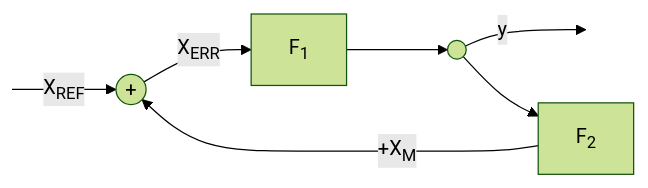
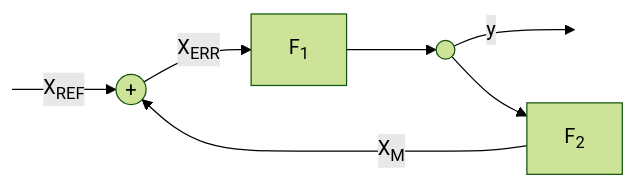
One commit to dennyb87/elettrotecnica-serale changed the third of 4 diagrams in classe_5/sistemi/uda_1/L07_19-11-2024_sistemi_in_retroazione.md. Above: the diagram before and after it, drawn with Mermaid (forest theme). The commit also changed other lines of this file and 2 other files, not shown here.

````diff
--- a/classe_5/sistemi/uda_1/L07_19-11-2024_sistemi_in_retroazione.md
+++ b/classe_5/sistemi/uda_1/L07_19-11-2024_sistemi_in_retroazione.md
@@ -51,12 +51,12 @@
 ```mermaid
 flowchart LR
-    START[ ]--"X<sub>REF</sub>"-->sum
-    sum(("#43;"))--"X<sub>ERR</sub>"-->F1["F<sub>1</sub>"]
+    START[ ]--"X<sub>REF</sub>"-->node
+    node(("#43;"))--"X<sub>ERR</sub>"-->F1["F<sub>1</sub>"]
     F1-->out((" "))
     out--"y"-->STOP[ ]
     out-->F2["F<sub>2</sub>"]
-    F2--"#43;X<sub>M</sub>"-->sum
+    F2--"X<sub>M</sub>"-->node
 
     style START width:0px,height:0px;
     style STOP  width:0px,height:0px;
 ```
````
